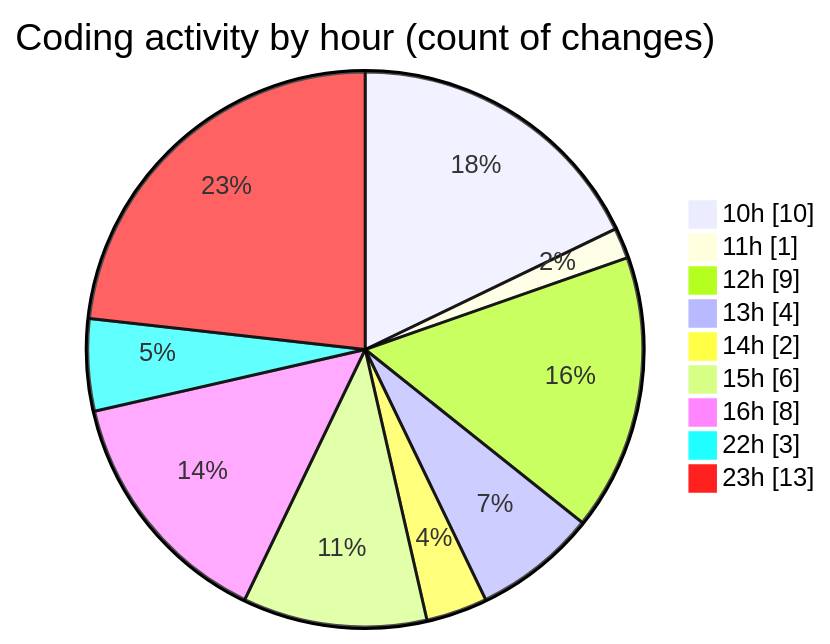
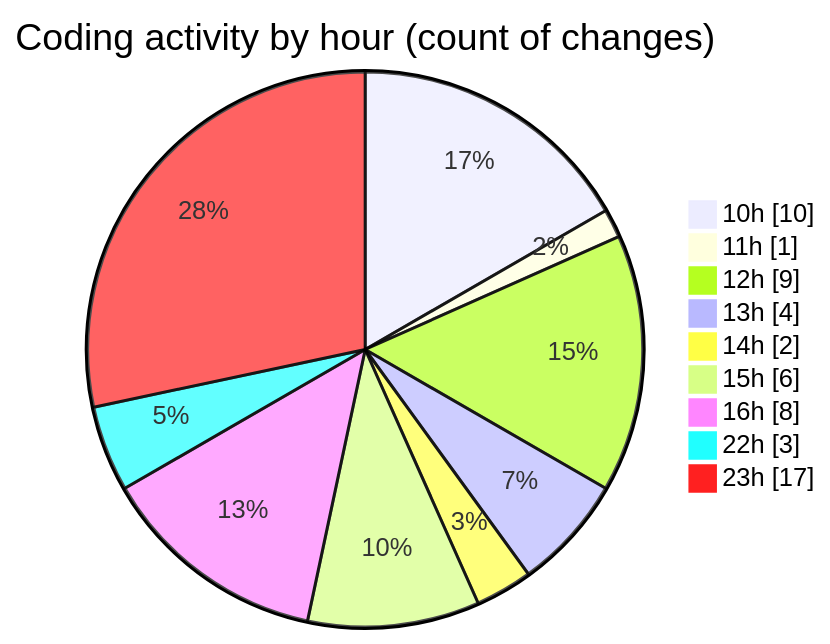
The second of 2 diagrams in 2025-11-20/eventscop-api-guide__workspace_/README.md (julien-gomy/code-tracking), drawn with Mermaid before and after one commit. The commit also changed other lines of this file and 1 other file, not shown here.

````diff
--- a/2025-11-20/eventscop-api-guide__workspace_/README.md
+++ b/2025-11-20/eventscop-api-guide__workspace_/README.md
@@ -45,13 +46,13 @@
 ```mermaid
 pie showData
 title Coding activity by hour (count of changes)
 "10h" : 10
 "11h" : 1
 "12h" : 9
 "13h" : 4
 "14h" : 2
 "15h" : 6
 "16h" : 8
 "22h" : 3
-"23h" : 13
+"23h" : 17
 ```
````
